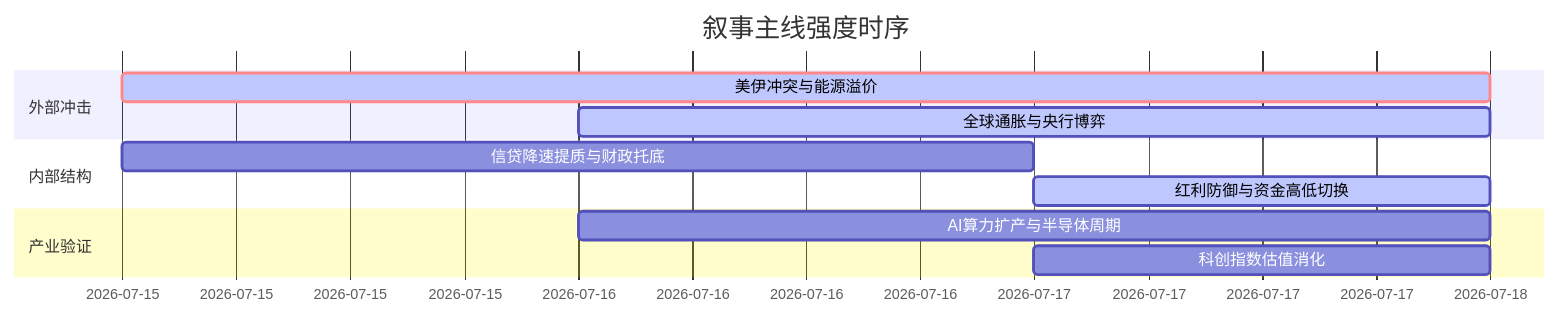
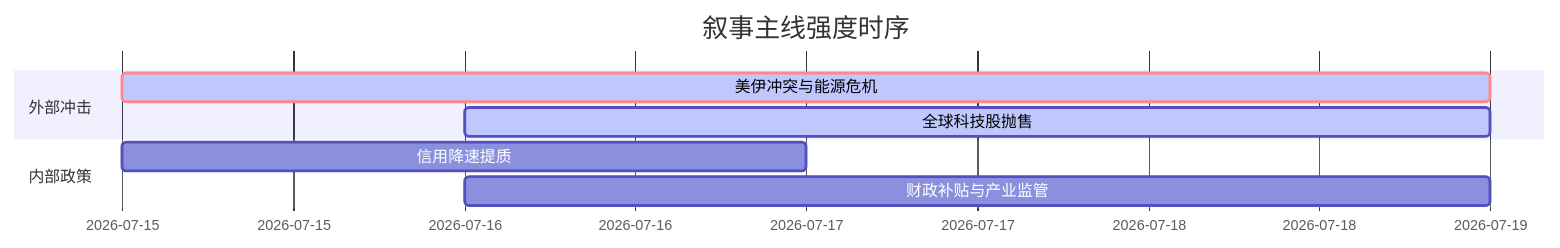
Before and after one commit to uu5zn/uu5zn.github.io: the diagram in 5day_report.md, drawn with Mermaid. The commit also changed other lines of this file and 4 other files, not shown here.

````diff
--- a/5day_report.md
+++ b/5day_report.md
@@ -56,16 +55,12 @@
 ```mermaid
 gantt
     title 叙事主线强度时序
     dateFormat  YYYY-MM-DD
     section 外部冲击
-    美伊冲突与能源溢价   :crit, active, 2026-07-15, 3d
-    全球通胀与央行博弈   :active, 2026-07-16, 2d
+    美伊冲突与能源危机   :crit, active, 2026-07-15, 4d
+    全球科技股抛售       :active, 2026-07-16, 3d
     
-    section 内部结构
-    信贷降速提质与财政托底   :2026-07-15, 2d
-    红利防御与资金高低切换   :active, 2026-07-17, 1d
-    
-    section 产业验证
-    AI算力扩产与半导体周期   :2026-07-16, 2d
-    科创指数估值消化   :2026-07-17, 1d
+    section 内部政策
+    信用降速提质         :2026-07-15, 2d
+    财政补贴与产业监管   :2026-07-16, 3d
 ```
````
